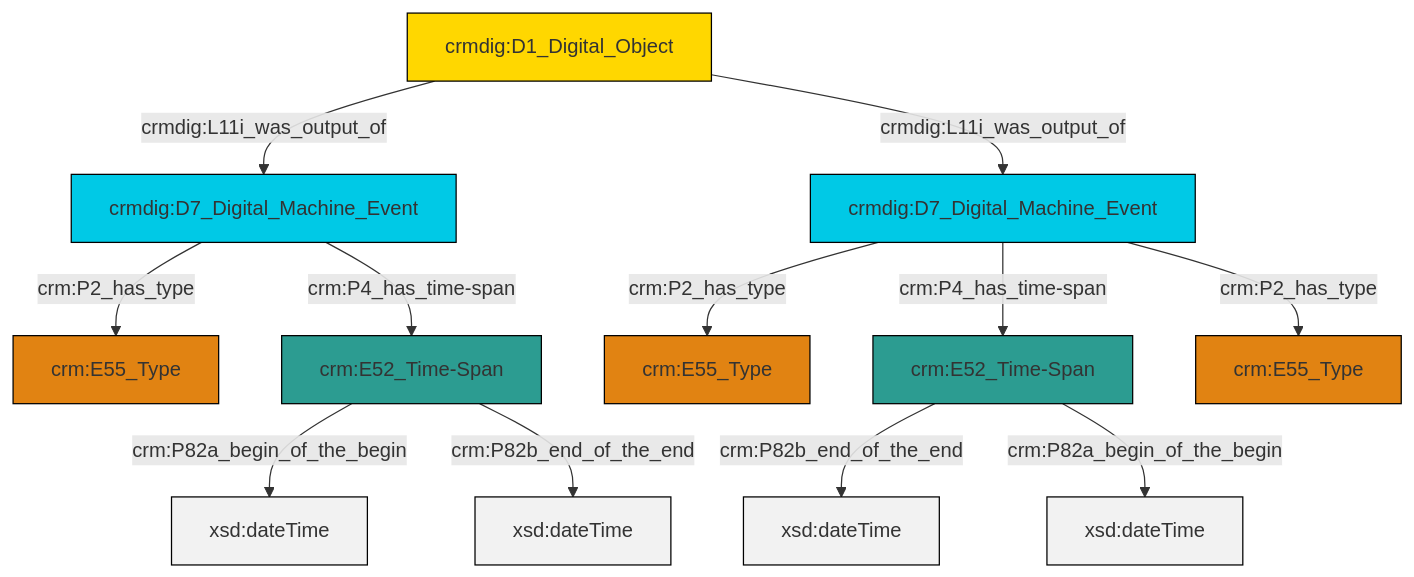
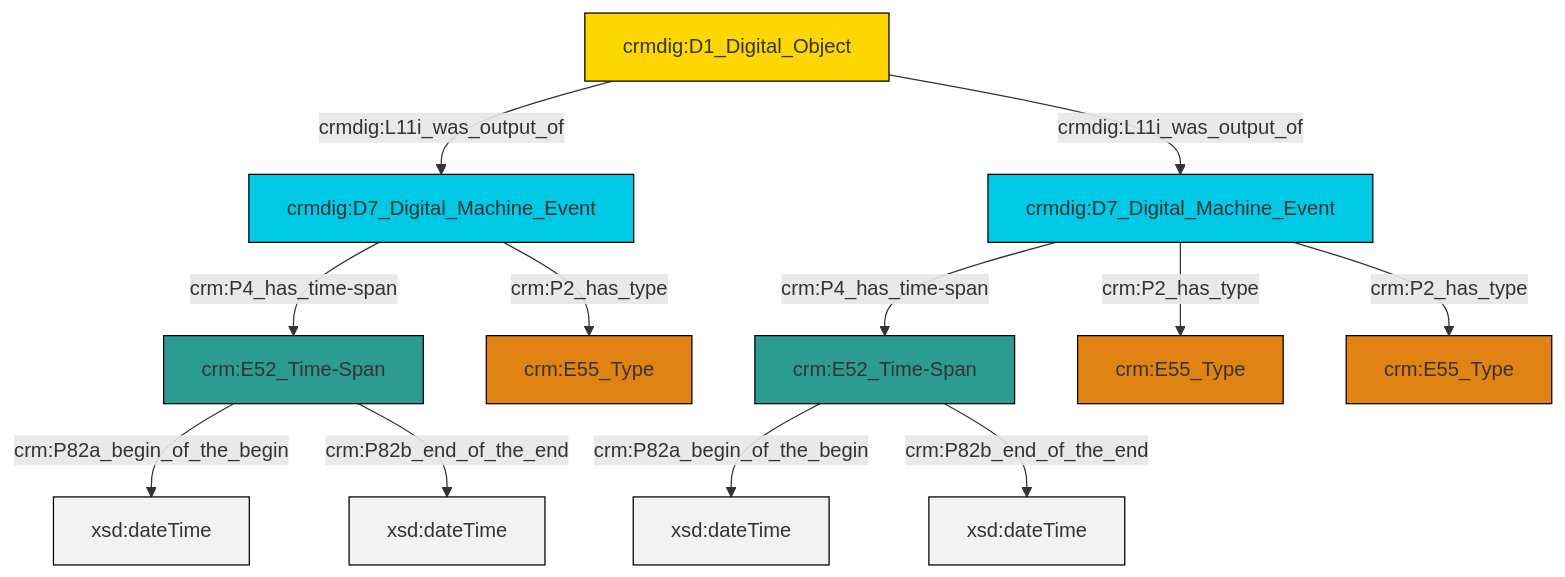
The diagram in et/doCSV/ttl/mmd/do_existence.ttl.mmd (swiss-art-research-net/reference-data-models), drawn with Mermaid before and after one commit. The commit also changed 129 other files, not shown here.

```diff
--- a/et/doCSV/ttl/mmd/do_existence.ttl.mmd
+++ b/et/doCSV/ttl/mmd/do_existence.ttl.mmd
@@ -1,26 +1,26 @@
 graph TD
 classDef Literal fill:#f2f2f2,stroke:#000000;
 classDef CRM_Entity fill:#FFFFFF,stroke:#000000;
 classDef Temporal_Entity fill:#00C9E6, stroke:#000000;
 classDef Type fill:#E18312, stroke:#000000;
 classDef Time-Span fill:#2C9C91, stroke:#000000;
 classDef Appellation fill:#FFEB7F, stroke:#000000;
 classDef Place fill:#008836, stroke:#000000;
 classDef Persistent_Item fill:#B266B2, stroke:#000000;
 classDef Conceptual_Object fill:#FFD700, stroke:#000000;
 classDef Physical_Thing fill:#D2B48C, stroke:#000000;
 classDef Actor fill:#f58aad, stroke:#000000;
 classDef PC_Classes fill:#4ce600, stroke:#000000;
 classDef Multi fill:#cccccc,stroke:#000000;
 
-2["crmdig:D7_Digital_Machine_Event"]:::Temporal_Entity -->|crm:P2_has_type| 3["crm:E55_Type"]:::Type
-2["crmdig:D7_Digital_Machine_Event"]:::Temporal_Entity -->|crm:P4_has_time-span| 6["crm:E52_Time-Span"]:::Time-Span
-4["crmdig:D7_Digital_Machine_Event"]:::Temporal_Entity -->|crm:P2_has_type| 0["crm:E55_Type"]:::Type
-11["crm:E52_Time-Span"]:::Time-Span -->|crm:P82b_end_of_the_end| 12[xsd:dateTime]:::Literal
-6["crm:E52_Time-Span"]:::Time-Span -->|crm:P82a_begin_of_the_begin| 13[xsd:dateTime]:::Literal
-6["crm:E52_Time-Span"]:::Time-Span -->|crm:P82b_end_of_the_end| 16[xsd:dateTime]:::Literal
-4["crmdig:D7_Digital_Machine_Event"]:::Temporal_Entity -->|crm:P4_has_time-span| 11["crm:E52_Time-Span"]:::Time-Span
-4["crmdig:D7_Digital_Machine_Event"]:::Temporal_Entity -->|crm:P2_has_type| 14["crm:E55_Type"]:::Type
-8["crmdig:D1_Digital_Object"]:::Conceptual_Object -->|crmdig:L11i_was_output_of| 2["crmdig:D7_Digital_Machine_Event"]:::Temporal_Entity
-8["crmdig:D1_Digital_Object"]:::Conceptual_Object -->|crmdig:L11i_was_output_of| 4["crmdig:D7_Digital_Machine_Event"]:::Temporal_Entity
-11["crm:E52_Time-Span"]:::Time-Span -->|crm:P82a_begin_of_the_begin| 21[xsd:dateTime]:::Literal
+2["crm:E52_Time-Span"]:::Time-Span -->|crm:P82a_begin_of_the_begin| 3[xsd:dateTime]:::Literal
+9["crmdig:D7_Digital_Machine_Event"]:::Temporal_Entity -->|crm:P2_has_type| 10["crm:E55_Type"]:::Type
+9["crmdig:D7_Digital_Machine_Event"]:::Temporal_Entity -->|crm:P4_has_time-span| 7["crm:E52_Time-Span"]:::Time-Span
+7["crm:E52_Time-Span"]:::Time-Span -->|crm:P82a_begin_of_the_begin| 11[xsd:dateTime]:::Literal
+2["crm:E52_Time-Span"]:::Time-Span -->|crm:P82b_end_of_the_end| 12[xsd:dateTime]:::Literal
+17["crmdig:D1_Digital_Object"]:::Conceptual_Object -->|crmdig:L11i_was_output_of| 0["crmdig:D7_Digital_Machine_Event"]:::Temporal_Entity
+0["crmdig:D7_Digital_Machine_Event"]:::Temporal_Entity -->|crm:P2_has_type| 4["crm:E55_Type"]:::Type
+0["crmdig:D7_Digital_Machine_Event"]:::Temporal_Entity -->|crm:P4_has_time-span| 2["crm:E52_Time-Span"]:::Time-Span
+17["crmdig:D1_Digital_Object"]:::Conceptual_Object -->|crmdig:L11i_was_output_of| 9["crmdig:D7_Digital_Machine_Event"]:::Temporal_Entity
+7["crm:E52_Time-Span"]:::Time-Span -->|crm:P82b_end_of_the_end| 22[xsd:dateTime]:::Literal
+9["crmdig:D7_Digital_Machine_Event"]:::Temporal_Entity -->|crm:P2_has_type| 18["crm:E55_Type"]:::Type
```
